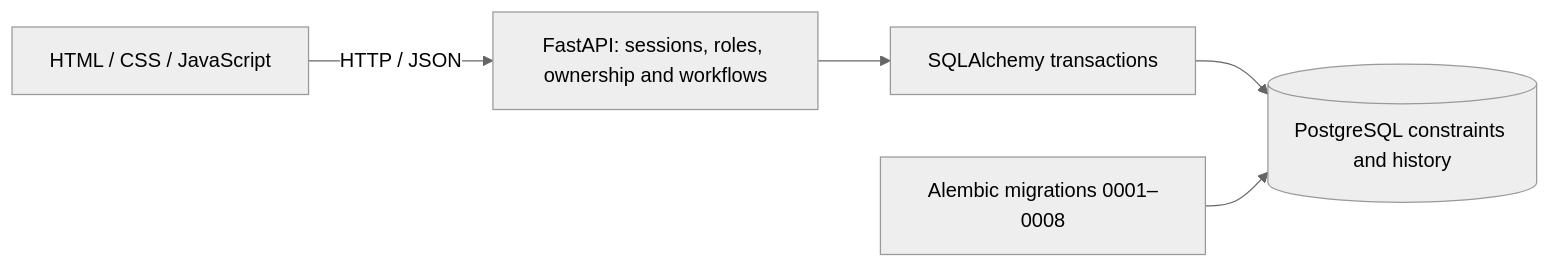
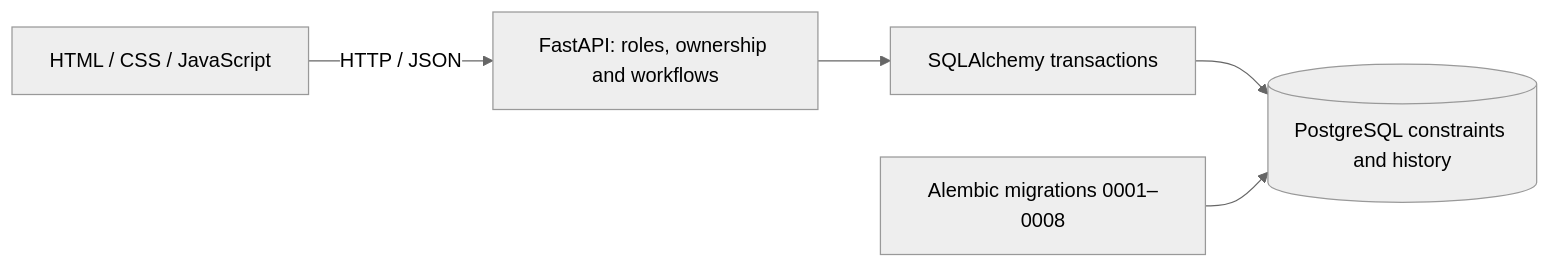
The diagram in README.md (AhmdSahilNr/PetOps), drawn with Mermaid (neutral theme) before and after one commit. The commit also changed other lines of this file, not shown here.

````diff
--- a/README.md
+++ b/README.md
@@ -40,7 +105,7 @@
 ```mermaid
 flowchart LR
-    Browser[HTML / CSS / JavaScript] -->|HTTP / JSON| API[FastAPI: sessions, roles, ownership and workflows]
+    Browser[HTML / CSS / JavaScript] -->|HTTP / JSON| API[FastAPI: roles, ownership and workflows]
     API --> ORM[SQLAlchemy transactions]
     ORM --> DB[(PostgreSQL constraints and history)]
     Alembic[Alembic migrations 0001–0008] --> DB
 ```
````
